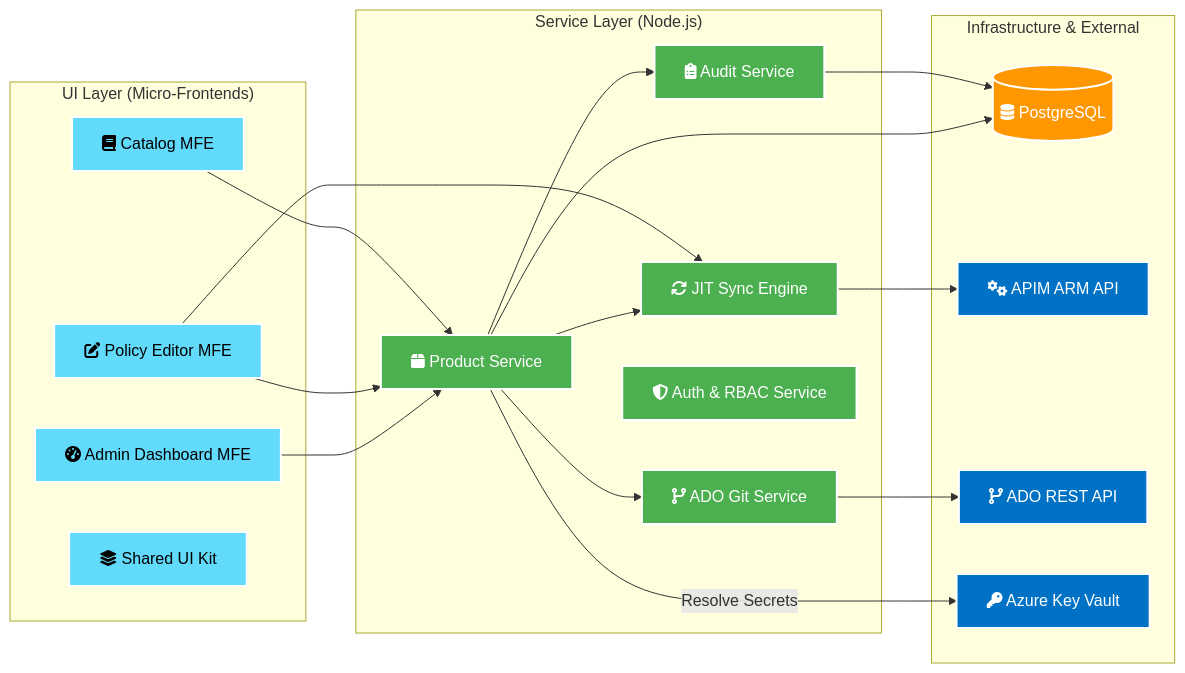
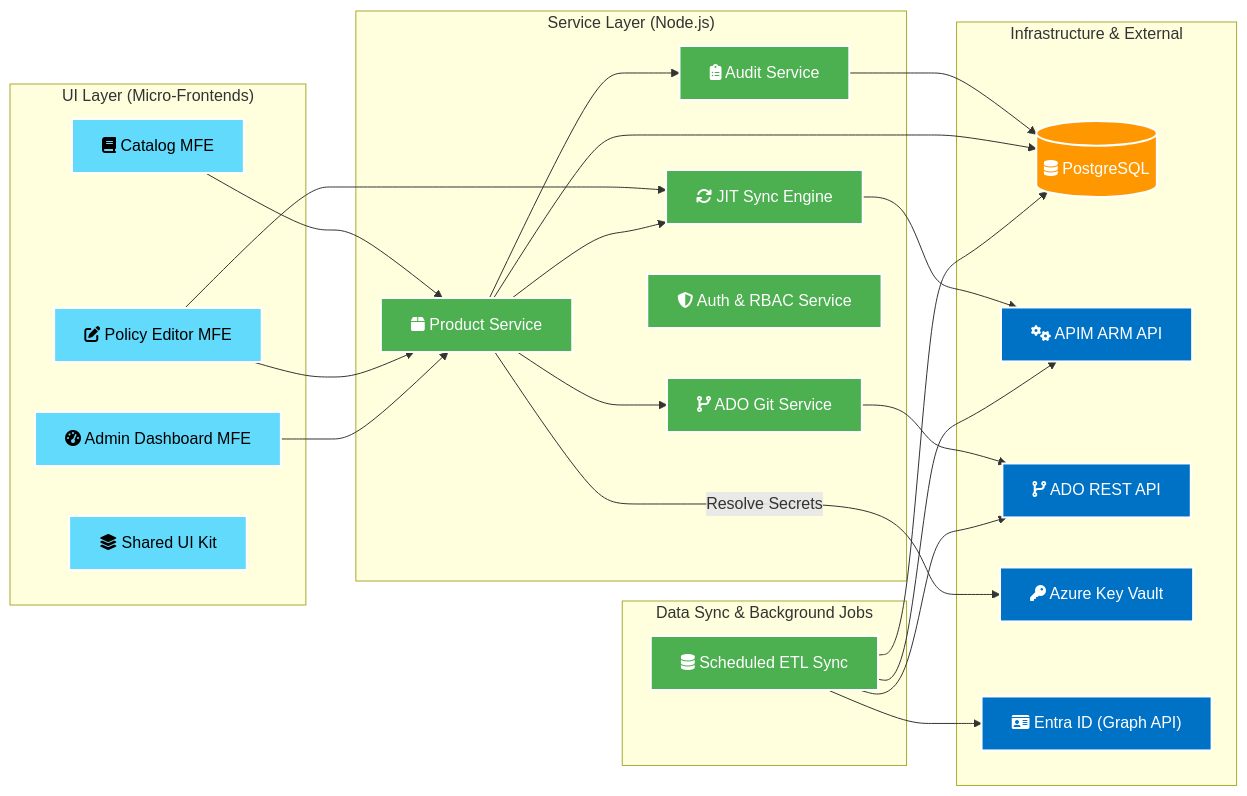
One commit to alagusundarams/swagger-scorer changed the second of 7 diagrams in docs/architecture_diagrams.md. Above: the diagram before and after it, drawn with Mermaid. The commit also changed other lines of this file and 9 other files, not shown here.

Commit message:
docs: comprehensive architecture, etl, and identity sync documentation

````diff
--- a/docs/architecture_diagrams.md
+++ b/docs/architecture_diagrams.md
@@ -58,42 +59,48 @@
 ```mermaid
 graph LR
     %% Styles
     classDef azure fill:#0072C6,stroke:#fff,stroke-width:2px,color:#fff;
     classDef compute fill:#4caf50,stroke:#fff,stroke-width:2px,color:#fff;
     classDef db fill:#ff9800,stroke:#fff,stroke-width:2px,color:#fff;
     classDef ext fill:#607d8b,stroke:#fff,stroke-width:2px,color:#fff;
     classDef fe fill:#61dafb,stroke:#fff,stroke-width:2px,color:#000;
 
     subgraph "UI Layer (Micro-Frontends)"
         Catalog["fa:fa-book Catalog MFE"]:::fe
         Editor["fa:fa-edit Policy Editor MFE"]:::fe
         Admin["fa:fa-tachometer-alt Admin Dashboard MFE"]:::fe
         SharedUI["fa:fa-layer-group Shared UI Kit"]:::fe
     end
 
     subgraph "Service Layer (Node.js)"
         ProductSvc["fa:fa-box Product Service"]:::compute
         AuditSvc["fa:fa-clipboard-list Audit Service"]:::compute
         SyncEngine["fa:fa-sync JIT Sync Engine"]:::compute
         GitSvc["fa:fa-code-branch ADO Git Service"]:::compute
         AuthSvc["fa:fa-shield-alt Auth & RBAC Service"]:::compute
     end
 
+    subgraph "Data Sync & Background Jobs"
+        ETL["fa:fa-database Scheduled ETL Sync"]:::compute
+    end
+
     subgraph "Infrastructure & External"
         DB[("fa:fa-database PostgreSQL")]:::db
         APIM_API["fa:fa-cogs APIM ARM API"]:::azure
         ADO_API["fa:fa-code-branch ADO REST API"]:::azure
         KV["fa:fa-key Azure Key Vault"]:::azure
+        Entra_API["fa:fa-id-card Entra ID (Graph API)"]:::azure
     end
 
     Catalog & Editor & Admin --> ProductSvc
     Editor --> SyncEngine
     ProductSvc --> AuditSvc
     ProductSvc --> SyncEngine
     ProductSvc --> GitSvc
     SyncEngine --> APIM_API
     GitSvc --> ADO_API
     AuditSvc --> DB
     ProductSvc --> DB
     ProductSvc -->|Resolve Secrets| KV
+    ETL --> APIM_API & ADO_API & DB & Entra_API
 ```
````
